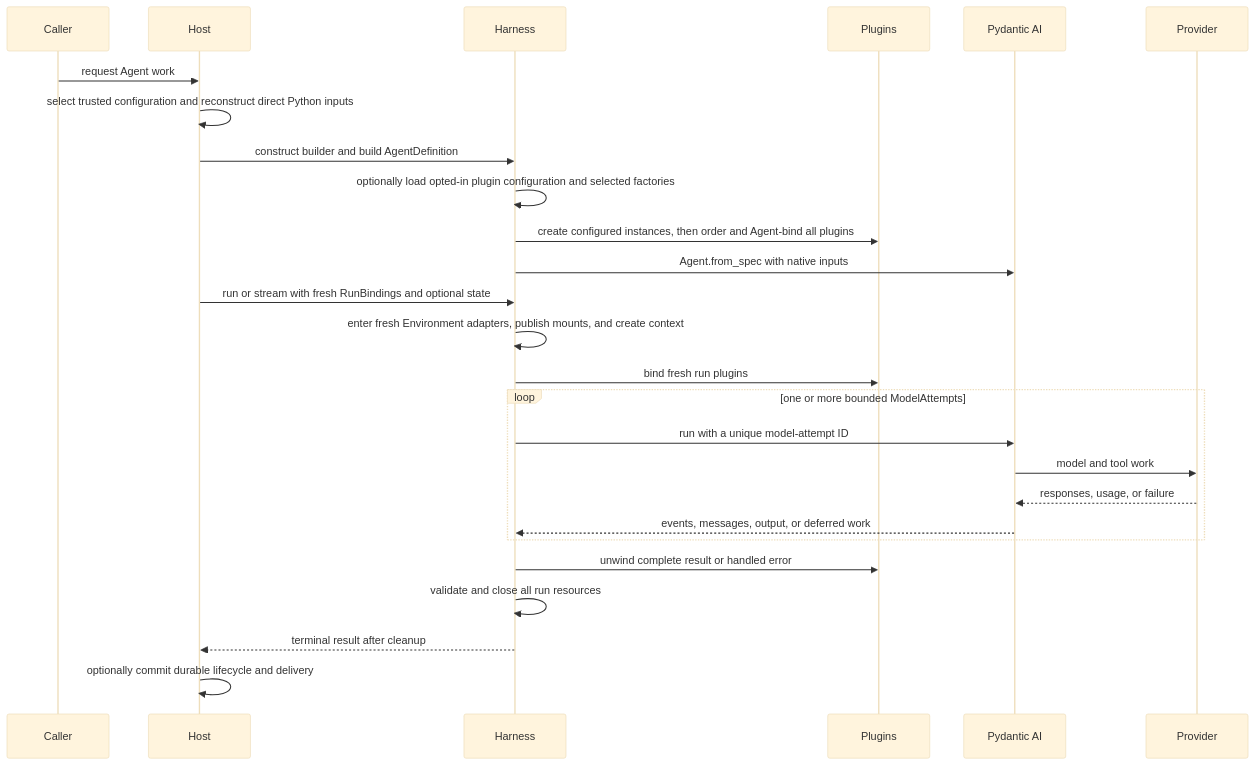
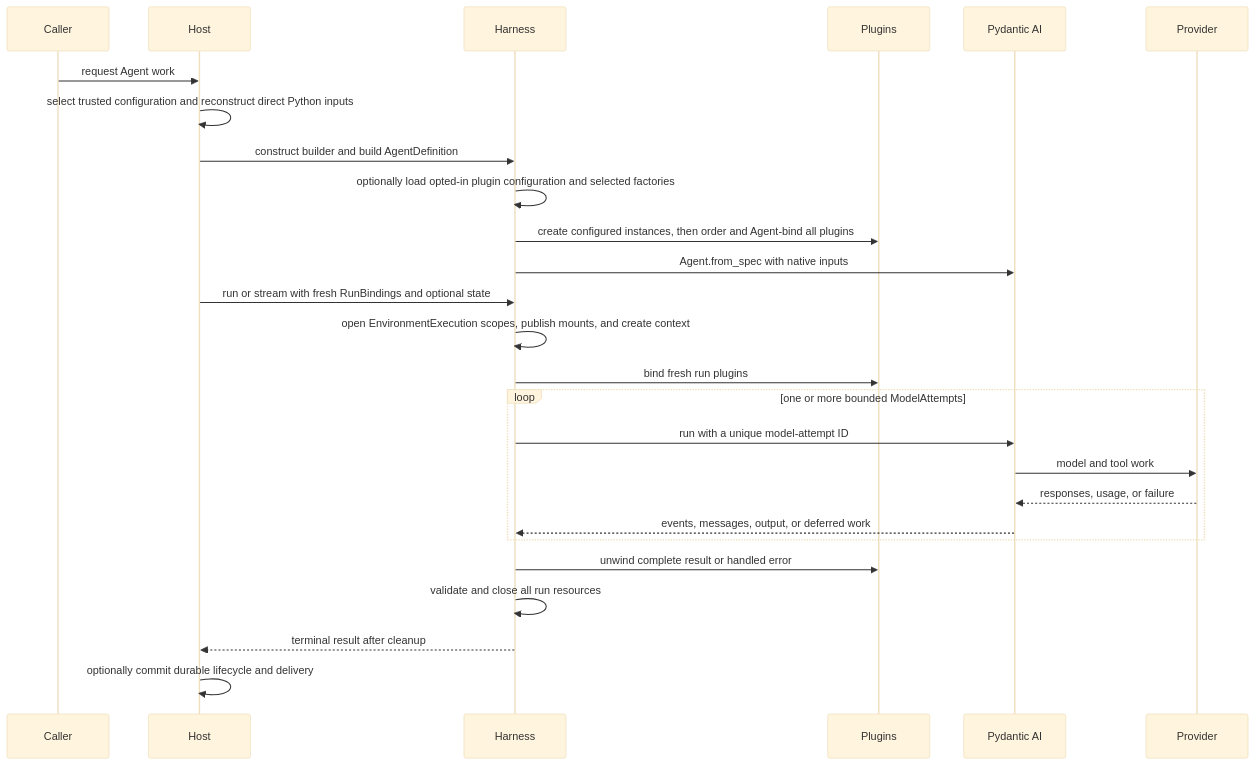
Before and after one commit to converge-ai-labs/agent-foundation: the second of 2 diagrams in spec/a13n-harness/00-overview.md, drawn with Mermaid (base theme). The commit also changed other lines of this file and 37 other files, not shown here.

````diff
--- a/spec/a13n-harness/00-overview.md
+++ b/spec/a13n-harness/00-overview.md
@@ -92,29 +92,29 @@
 ```mermaid
 sequenceDiagram
     participant Caller
     participant Host
     participant Harness
     participant Plugins
     participant PAI as Pydantic AI
     participant Provider
 
     Caller->>Host: request Agent work
     Host->>Host: select trusted configuration and reconstruct direct Python inputs
     Host->>Harness: construct builder and build AgentDefinition
     Harness->>Harness: optionally load opted-in plugin configuration and selected factories
     Harness->>Plugins: create configured instances, then order and Agent-bind all plugins
     Harness->>PAI: Agent.from_spec with native inputs
     Host->>Harness: run or stream with fresh RunBindings and optional state
-    Harness->>Harness: enter fresh Environment adapters, publish mounts, and create context
+    Harness->>Harness: open EnvironmentExecution scopes, publish mounts, and create context
     Harness->>Plugins: bind fresh run plugins
     loop one or more bounded ModelAttempts
         Harness->>PAI: run with a unique model-attempt ID
         PAI->>Provider: model and tool work
         Provider-->>PAI: responses, usage, or failure
         PAI-->>Harness: events, messages, output, or deferred work
     end
     Harness->>Plugins: unwind complete result or handled error
     Harness->>Harness: validate and close all run resources
     Harness-->>Host: terminal result after cleanup
     Host->>Host: optionally commit durable lifecycle and delivery
 ```
````
